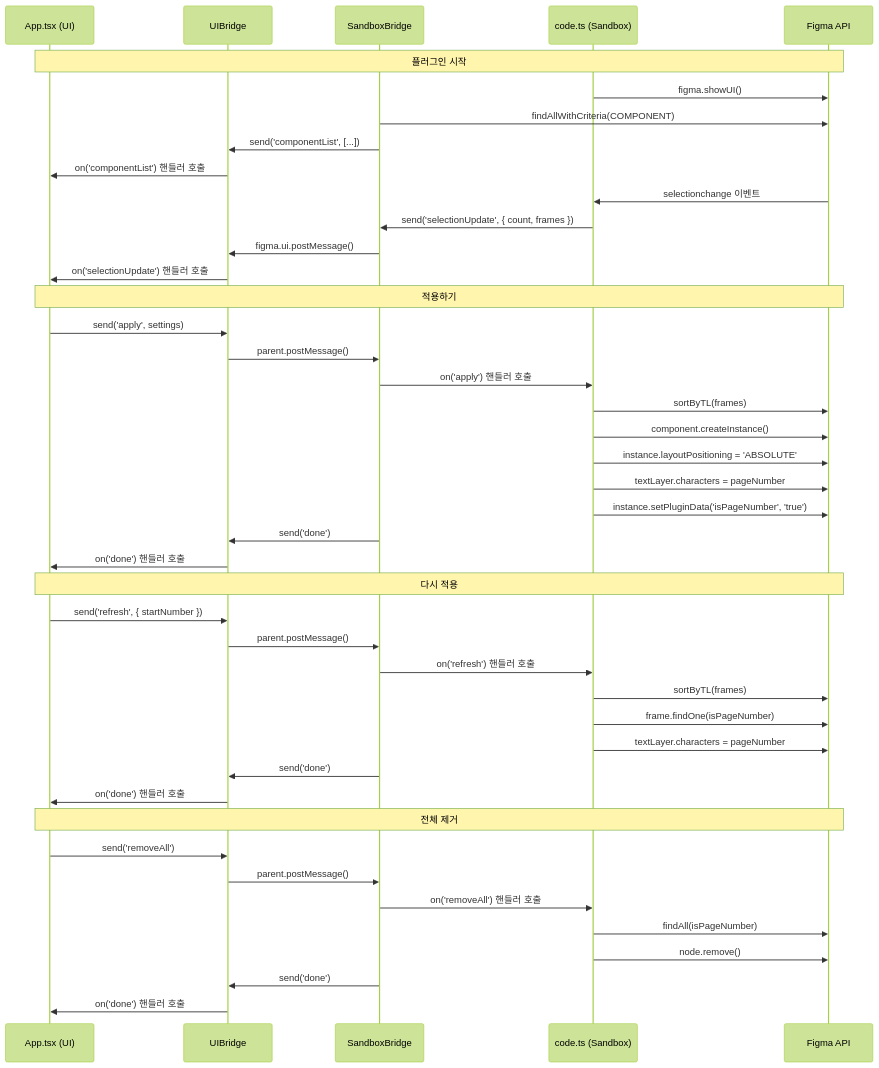
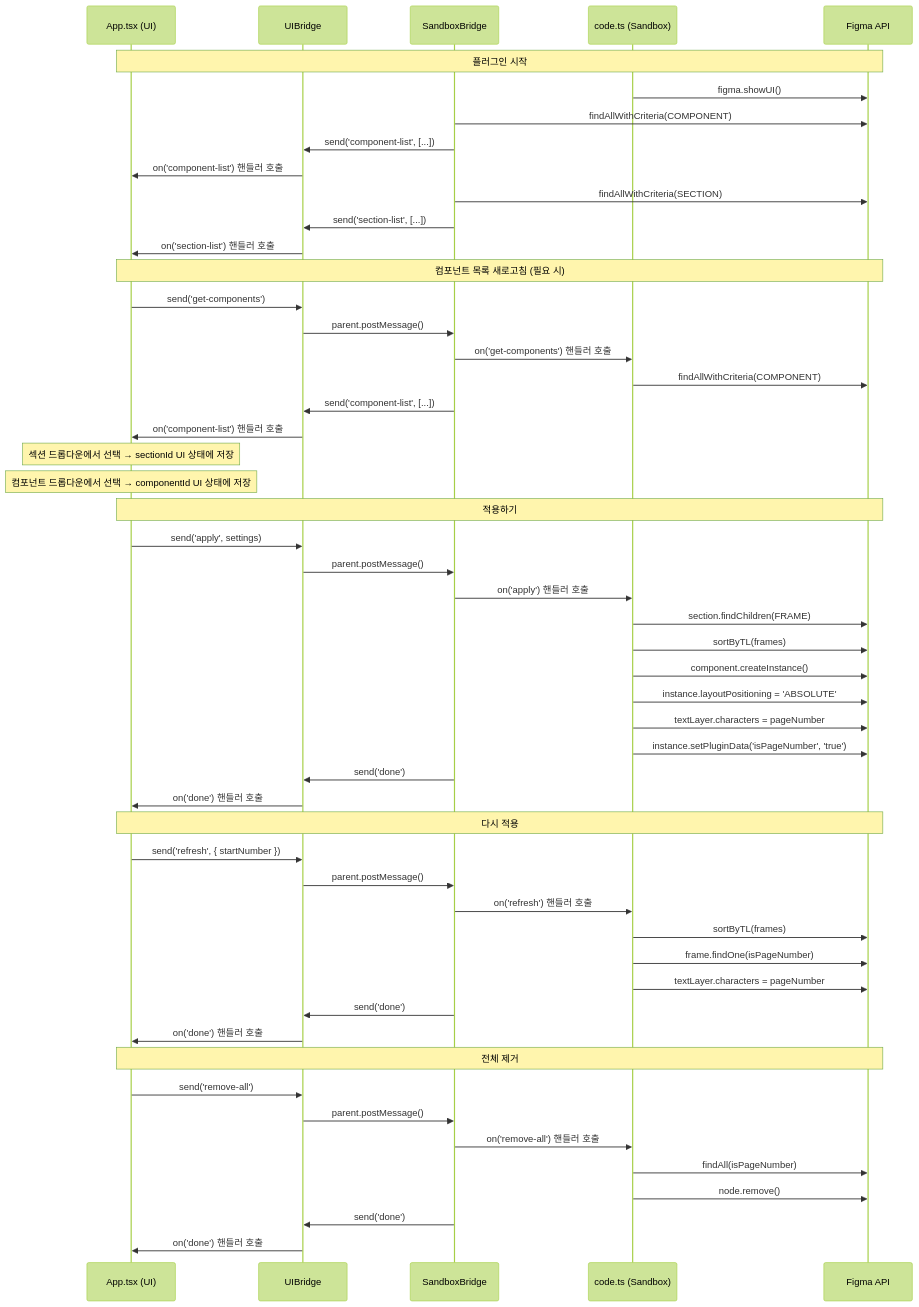
One commit to c-jeongyyun/page-stamp changed the second of 5 diagrams in docs/architecture.md. Above: the diagram before and after it, drawn with Mermaid (forest theme). The commit also changed other lines of this file and 12 other files, not shown here.

````diff
--- a/docs/architecture.md
+++ b/docs/architecture.md
@@ -60,49 +62,60 @@
 ```mermaid
 sequenceDiagram
     participant U as App.tsx (UI)
     participant UB as UIBridge
     participant SB as SandboxBridge
     participant C as code.ts (Sandbox)
     participant F as Figma API
 
     Note over U,F: 플러그인 시작
     C->>F: figma.showUI()
     SB->>F: findAllWithCriteria(COMPONENT)
-    SB->>UB: send('componentList', [...])
-    UB->>U: on('componentList') 핸들러 호출
-    F->>C: selectionchange 이벤트
-    C->>SB: send('selectionUpdate', { count, frames })
-    SB->>UB: figma.ui.postMessage()
-    UB->>U: on('selectionUpdate') 핸들러 호출
+    SB->>UB: send('component-list', [...])
+    UB->>U: on('component-list') 핸들러 호출
+    SB->>F: findAllWithCriteria(SECTION)
+    SB->>UB: send('section-list', [...])
+    UB->>U: on('section-list') 핸들러 호출
+
+    Note over U,F: 컴포넌트 목록 새로고침 (필요 시)
+    U->>UB: send('get-components')
+    UB->>SB: parent.postMessage()
+    SB->>C: on('get-components') 핸들러 호출
+    C->>F: findAllWithCriteria(COMPONENT)
+    SB->>UB: send('component-list', [...])
+    UB->>U: on('component-list') 핸들러 호출
+
+    Note over U: 섹션 드롭다운에서 선택 → sectionId UI 상태에 저장
+    Note over U: 컴포넌트 드롭다운에서 선택 → componentId UI 상태에 저장
 
     Note over U,F: 적용하기
     U->>UB: send('apply', settings)
     UB->>SB: parent.postMessage()
     SB->>C: on('apply') 핸들러 호출
+    C->>F: section.findChildren(FRAME)
     C->>F: sortByTL(frames)
     C->>F: component.createInstance()
     C->>F: instance.layoutPositioning = 'ABSOLUTE'
     C->>F: textLayer.characters = pageNumber
     C->>F: instance.setPluginData('isPageNumber', 'true')
     SB->>UB: send('done')
     UB->>U: on('done') 핸들러 호출
 
     Note over U,F: 다시 적용
     U->>UB: send('refresh', { startNumber })
     UB->>SB: parent.postMessage()
     SB->>C: on('refresh') 핸들러 호출
     C->>F: sortByTL(frames)
     C->>F: frame.findOne(isPageNumber)
     C->>F: textLayer.characters = pageNumber
     SB->>UB: send('done')
     UB->>U: on('done') 핸들러 호출
 
     Note over U,F: 전체 제거
-    U->>UB: send('removeAll')
+    U->>UB: send('remove-all')
     UB->>SB: parent.postMessage()
-    SB->>C: on('removeAll') 핸들러 호출
+    SB->>C: on('remove-all') 핸들러 호출
     C->>F: findAll(isPageNumber)
     C->>F: node.remove()
     SB->>UB: send('done')
     UB->>U: on('done') 핸들러 호출
 ```
````
